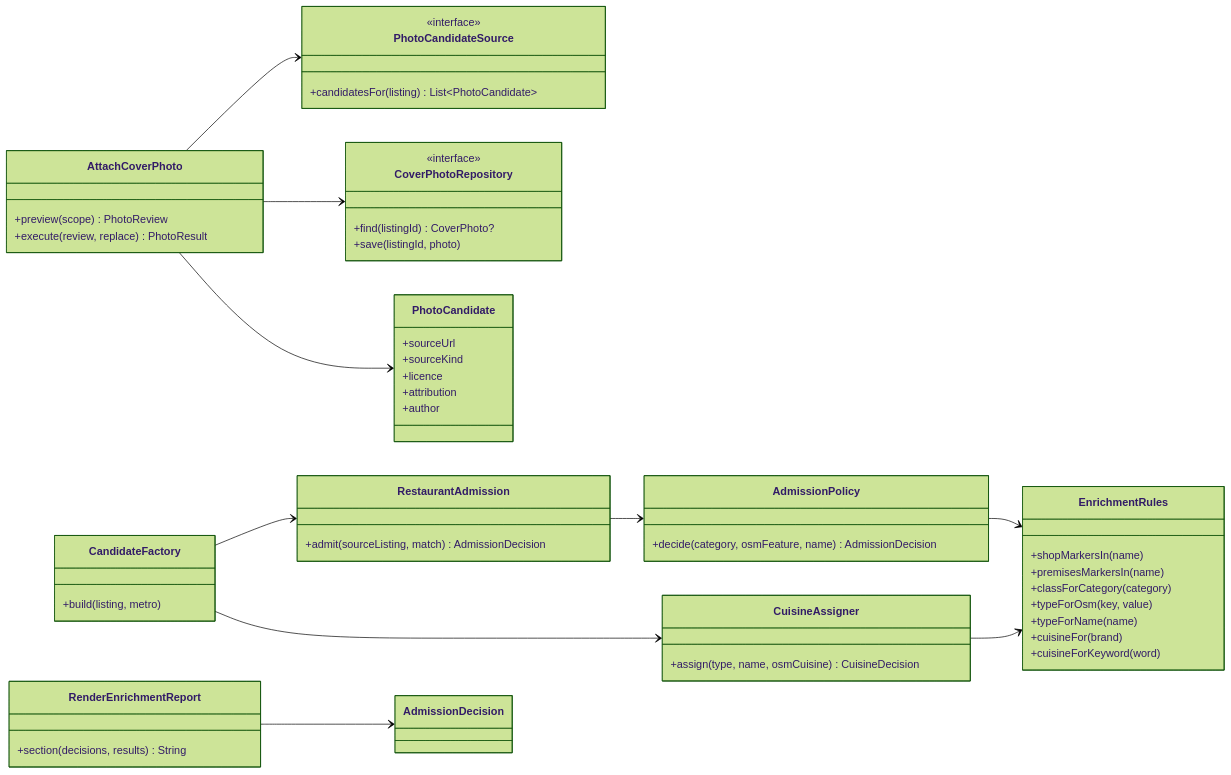
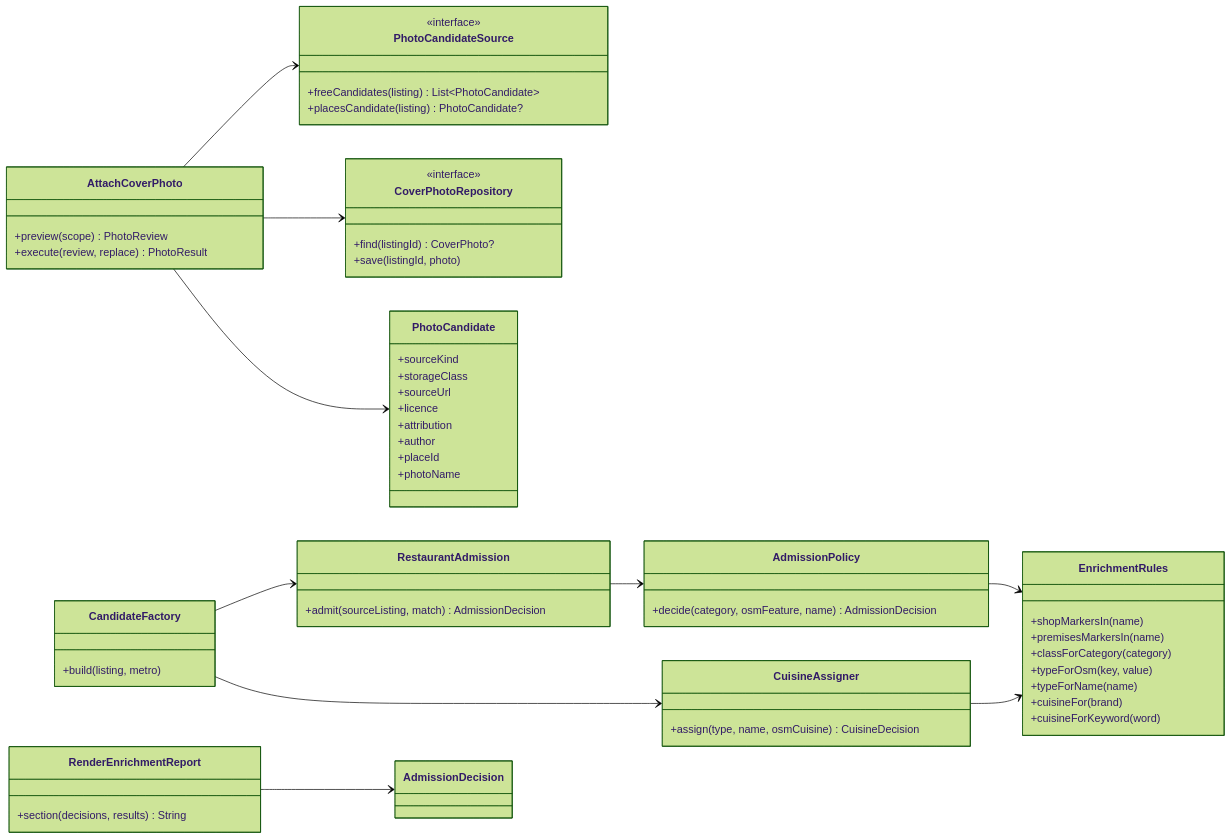
The third of 4 diagrams in docs/features/SC-231/05-class-diagram-system.md (Losers-Lab/tahirs-list), drawn with Mermaid (forest theme) before and after one commit. The commit also changed other lines of this file and 11 other files, not shown here.

````diff
--- a/docs/features/SC-231/05-class-diagram-system.md
+++ b/docs/features/SC-231/05-class-diagram-system.md
@@ -100,58 +102,62 @@
 ```mermaid
 classDiagram
   direction LR
   class CandidateFactory {
     +build(listing, metro)
   }
   class RestaurantAdmission {
     +admit(sourceListing, match) AdmissionDecision
   }
   class AdmissionPolicy {
     +decide(category, osmFeature, name) AdmissionDecision
   }
   class CuisineAssigner {
     +assign(type, name, osmCuisine) CuisineDecision
   }
   class EnrichmentRules {
     +shopMarkersIn(name)
     +premisesMarkersIn(name)
     +classForCategory(category)
     +typeForOsm(key, value)
     +typeForName(name)
     +cuisineFor(brand)
     +cuisineForKeyword(word)
   }
   class AttachCoverPhoto {
     +preview(scope) PhotoReview
     +execute(review, replace) PhotoResult
   }
   class RenderEnrichmentReport {
     +section(decisions, results) String
   }
   class PhotoCandidateSource {
     <<interface>>
-    +candidatesFor(listing) List~PhotoCandidate~
+    +freeCandidates(listing) List~PhotoCandidate~
+    +placesCandidate(listing) PhotoCandidate?
   }
   class CoverPhotoRepository {
     <<interface>>
     +find(listingId) CoverPhoto?
     +save(listingId, photo)
   }
   class PhotoCandidate {
+    +sourceKind
+    +storageClass
     +sourceUrl
-    +sourceKind
     +licence
     +attribution
     +author
+    +placeId
+    +photoName
   }
 
   CandidateFactory --> RestaurantAdmission
   CandidateFactory --> CuisineAssigner
   RestaurantAdmission --> AdmissionPolicy
   AdmissionPolicy --> EnrichmentRules
   CuisineAssigner --> EnrichmentRules
   AttachCoverPhoto --> PhotoCandidateSource
   AttachCoverPhoto --> CoverPhotoRepository
   AttachCoverPhoto --> PhotoCandidate
   RenderEnrichmentReport --> AdmissionDecision
 ```
````
